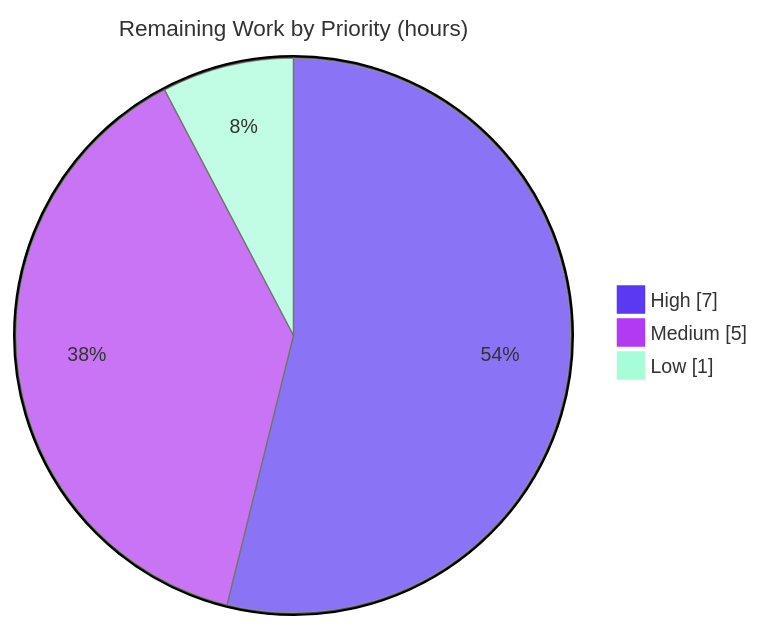
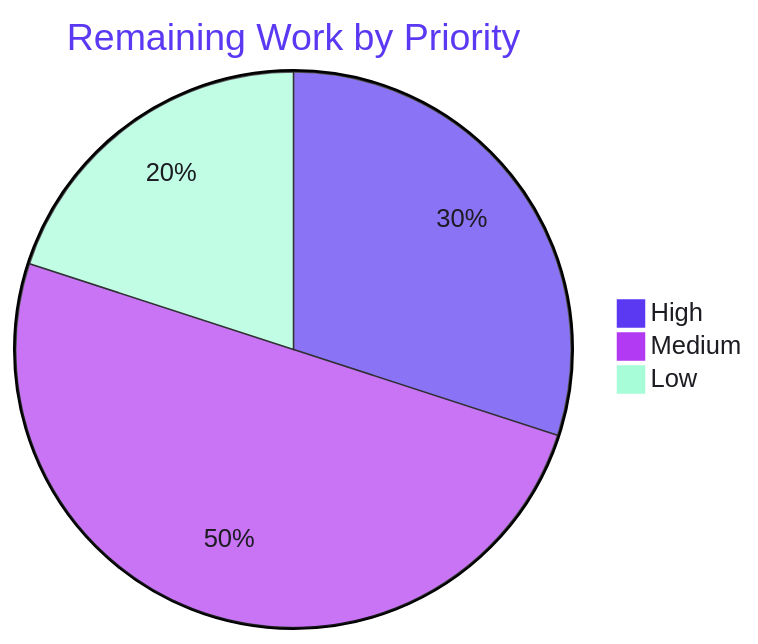
One commit to hitesh-blitzy/test-1 changed the third of 3 diagrams in blitzy/documentation/Project Guide.md. Above: the diagram before and after it, drawn with Mermaid. The commit also changed other lines of this file, not shown here.

Commit message:
Adding Blitzy Project Guide: Project Status and Human Tasks Remaining

````diff
--- a/blitzy/documentation/Project Guide.md
+++ b/blitzy/documentation/Project Guide.md
@@ -236,8 +244,7 @@
 ```mermaid
-%%{init: {'theme':'base','themeVariables':{'pie1':'#5B39F3','pie2':'#B23AF2','pie3':'#A8FDD9','pieStrokeColor':'#666666','pieStrokeWidth':'1px','pieTitleTextSize':'15px','pieSectionTextSize':'13px','pieLegendTextSize':'13px'}}}%%
-pie showData
-    title Remaining Work by Priority (hours)
-    "High" : 7
-    "Medium" : 5
-    "Low" : 1
+%%{init: {"theme":"base","themeVariables":{"pie1":"#5B39F3","pie2":"#B23AF2","pie3":"#A8FDD9","pieStrokeColor":"#1c1c22","pieStrokeWidth":"1px","pieTitleTextColor":"#5B39F3","pieLegendTextColor":"#1c1c22","pieSectionTextColor":"#1c1c22"}}}%%
+pie title Remaining Work by Priority
+    "High" : 6
+    "Medium" : 10
+    "Low" : 4
 ```
````
